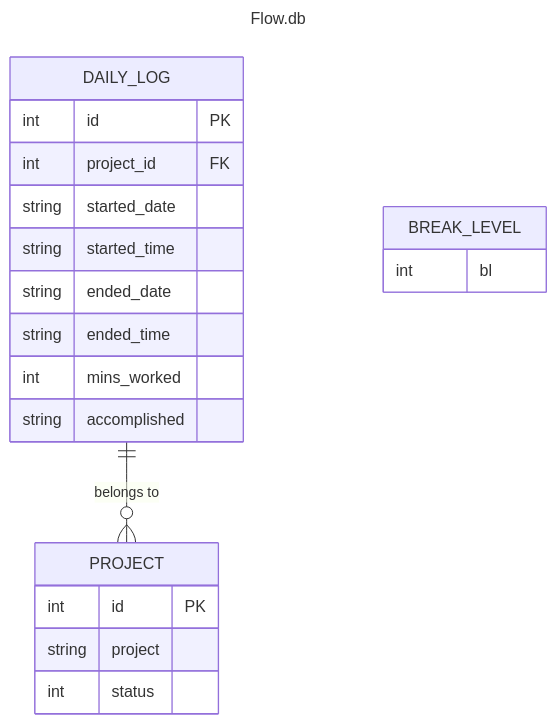
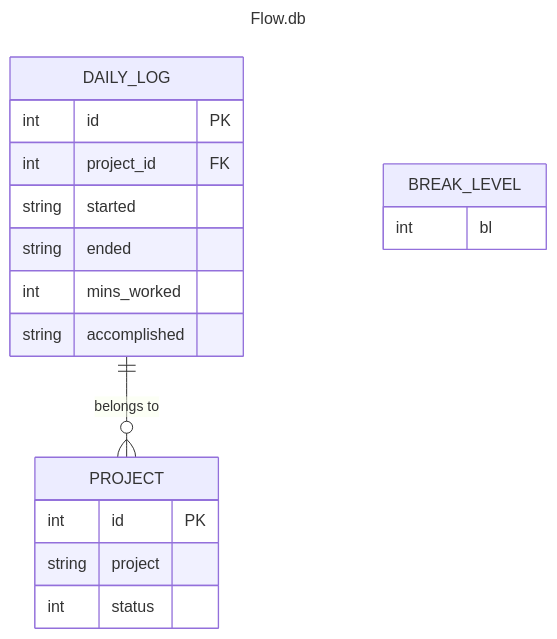
Before and after one commit to Oddman43/Flowmodoro: the diagram in docs/README.md, drawn with Mermaid. The commit also changed other lines of this file, not shown here.

````diff
--- a/docs/README.md
+++ b/docs/README.md
@@ -60,25 +59,23 @@
 ```mermaid
 ---
 title: Flow.db
 ---
 erDiagram
   DAILY_LOG {
     int id PK
     int project_id FK
-    string started_date
-    string started_time
-    string ended_date
-    string ended_time
+    string started
+    string ended
     int mins_worked
     string accomplished
   }
   PROJECT {
     int id PK
     string project
     int status
   }
   BREAK_LEVEL {
     int bl
   }
   DAILY_LOG ||--o{ PROJECT : "belongs to"
 ```
````
